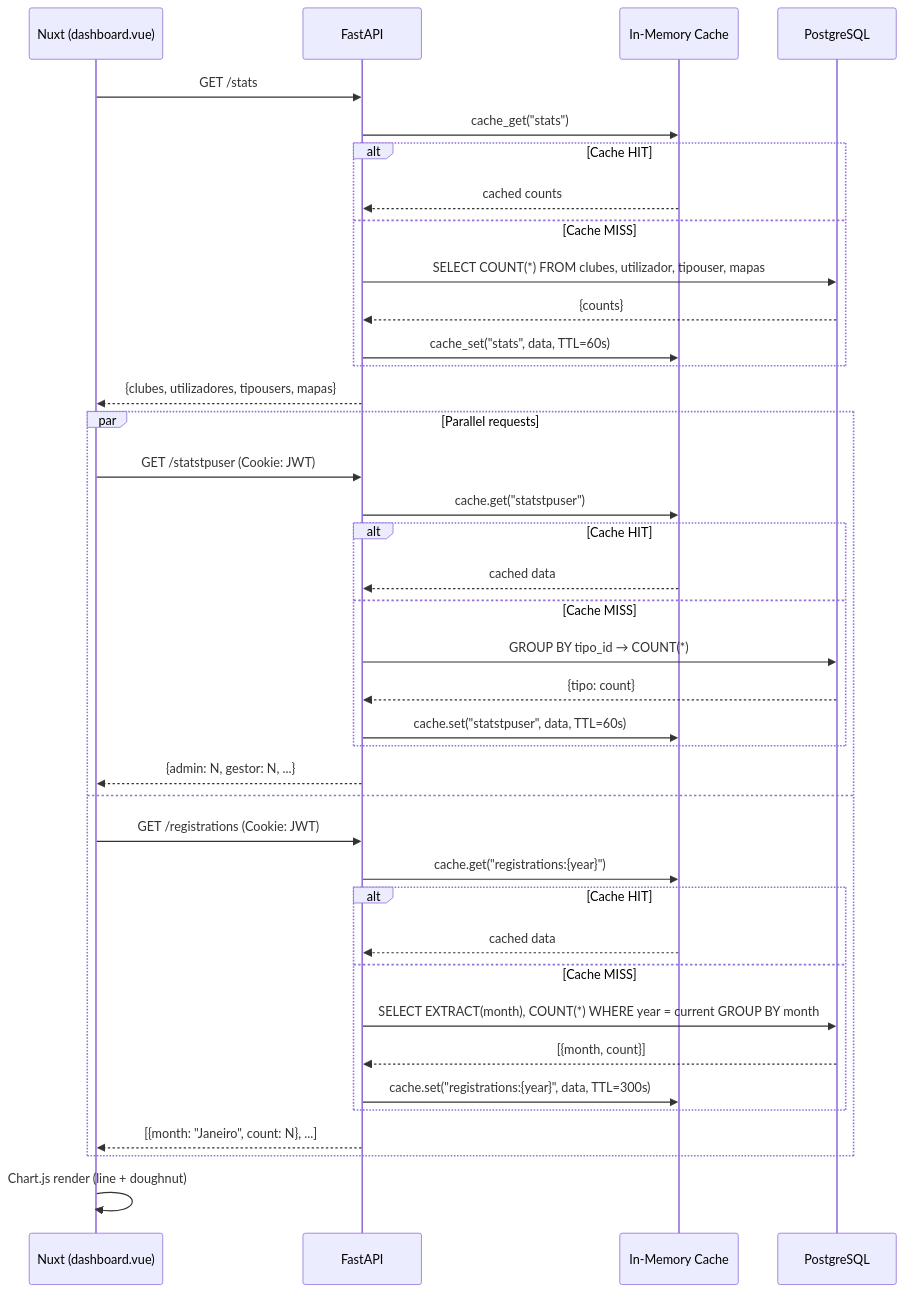
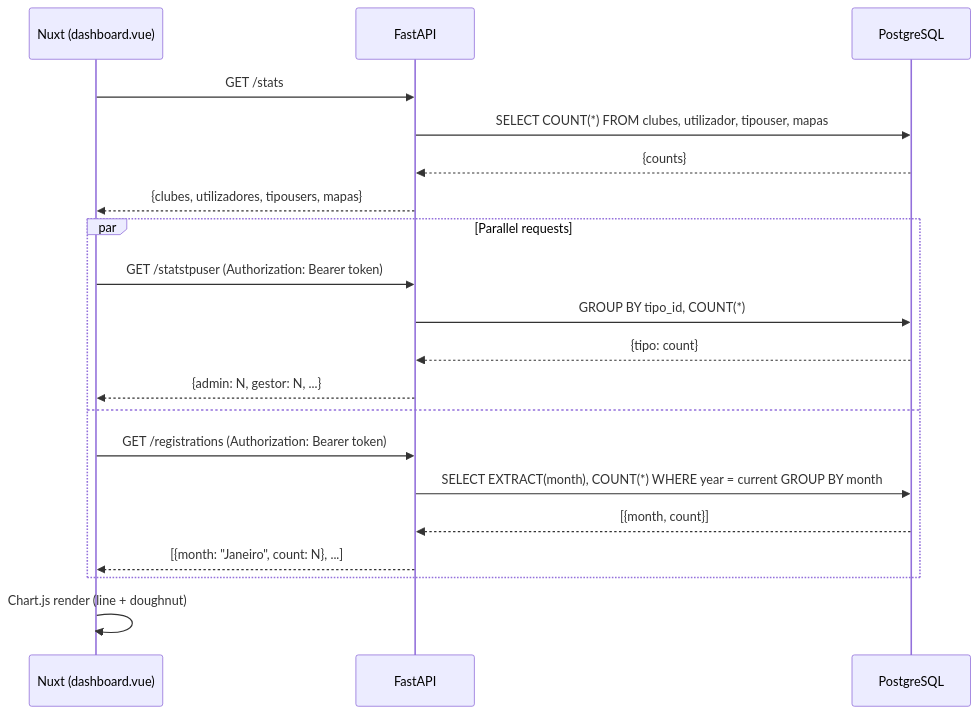
The eighth of 8 diagrams in README.md (Wand-DenaXy/-Manueli-s-Clubes), drawn with Mermaid before and after one commit. The commit also changed other lines of this file and 1 other file, not shown here.

Commit message:
Readme
Fixed Readme

````diff
--- a/README.md
+++ b/README.md
@@ -259,44 +245,25 @@
 ```mermaid
 sequenceDiagram
     participant F as Nuxt (dashboard.vue)
     participant API as FastAPI
-    participant Cache as In-Memory Cache
     participant DB as PostgreSQL
 
     F->>API: GET /stats
-    API->>Cache: cache_get("stats")
-    alt Cache HIT
-        Cache-->>API: cached counts
-    else Cache MISS
-        API->>DB: SELECT COUNT(*) FROM clubes, utilizador, tipouser, mapas
-        DB-->>API: {counts}
-        API->>Cache: cache_set("stats", data, TTL=60s)
-    end
+    API->>DB: SELECT COUNT(*) FROM clubes, utilizador, tipouser, mapas
+    DB-->>API: {counts}
     API-->>F: {clubes, utilizadores, tipousers, mapas}
 
     par Parallel requests
-        F->>API: GET /statstpuser (Cookie: JWT)
-        API->>Cache: cache.get("statstpuser")
-        alt Cache HIT
-            Cache-->>API: cached data
-        else Cache MISS
-            API->>DB: GROUP BY tipo_id → COUNT(*)
-            DB-->>API: {tipo: count}
-            API->>Cache: cache.set("statstpuser", data, TTL=60s)
-        end
+        F->>API: GET /statstpuser (Authorization: Bearer token)
+        API->>DB: GROUP BY tipo_id, COUNT(*)
+        DB-->>API: {tipo: count}
         API-->>F: {admin: N, gestor: N, ...}
     and
-        F->>API: GET /registrations (Cookie: JWT)
-        API->>Cache: cache.get("registrations:{year}")
-        alt Cache HIT
-            Cache-->>API: cached data
-        else Cache MISS
-            API->>DB: SELECT EXTRACT(month), COUNT(*) WHERE year = current GROUP BY month
-            DB-->>API: [{month, count}]
-            API->>Cache: cache.set("registrations:{year}", data, TTL=300s)
-        end
+        F->>API: GET /registrations (Authorization: Bearer token)
+        API->>DB: SELECT EXTRACT(month), COUNT(*) WHERE year = current GROUP BY month
+        DB-->>API: [{month, count}]
         API-->>F: [{month: "Janeiro", count: N}, ...]
     end
 
     F->>F: Chart.js render (line + doughnut)
 ```
````
